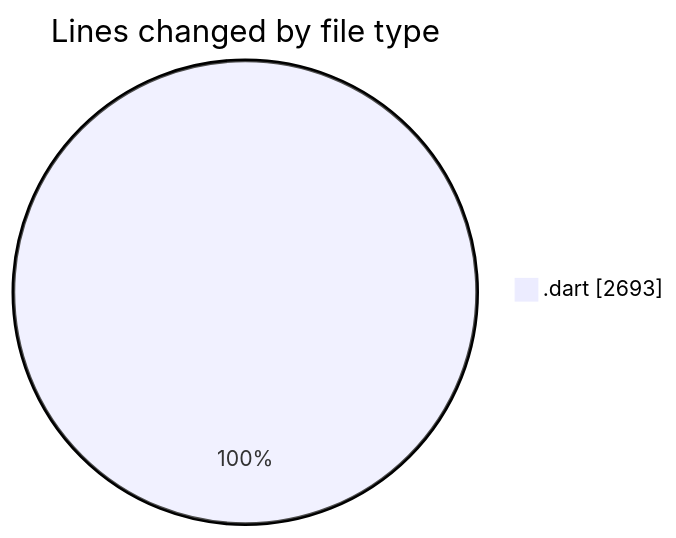
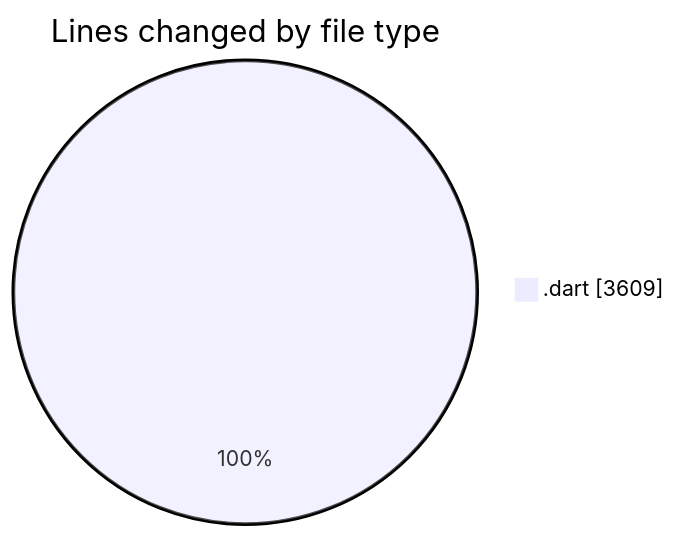
The first of 2 diagrams in 2025-04-10/trackers_app/README.md (donsfak/code-tracking), drawn with Mermaid before and after one commit. The commit also changed other lines of this file and 1 other file, not shown here.

````diff
--- a/2025-04-10/trackers_app/README.md
+++ b/2025-04-10/trackers_app/README.md
@@ -42,5 +42,5 @@
 ```mermaid
 pie showData
 title Lines changed by file type
-".dart" : 2693
+".dart" : 3609
 ```
````
